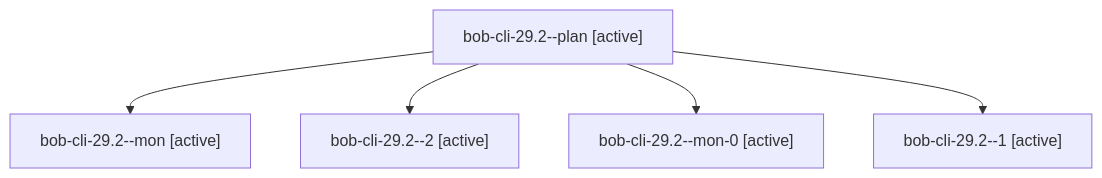
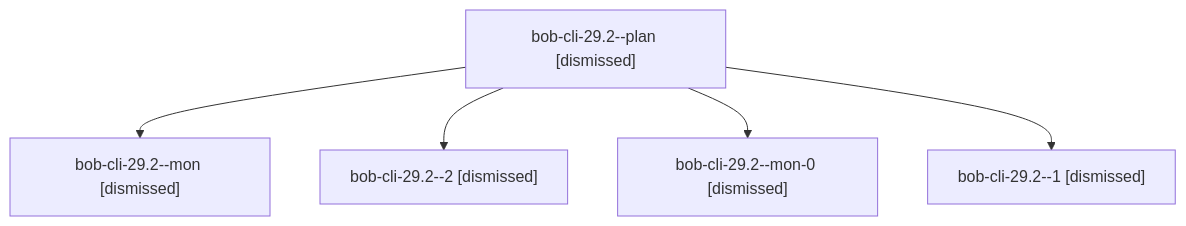
Before and after one commit to bobs-org/bob-cli--agents: the diagram in sessions/bbugyi200.apollo.bob-cli-29.2.md, drawn with Mermaid. The commit also changed other lines of this file and 83 other files, not shown here.

````diff
--- a/sessions/bbugyi200.apollo.bob-cli-29.2.md
+++ b/sessions/bbugyi200.apollo.bob-cli-29.2.md
@@ -9,12 +9,12 @@
 ```mermaid
 flowchart TD
-  n0["bob-cli-29.2--plan [active]"]
-  n1["bob-cli-29.2--mon [active]"]
+  n0["bob-cli-29.2--plan [dismissed]"]
+  n1["bob-cli-29.2--mon [dismissed]"]
   n0 --> n1
-  n2["bob-cli-29.2--2 [active]"]
+  n2["bob-cli-29.2--2 [dismissed]"]
   n0 --> n2
-  n3["bob-cli-29.2--mon-0 [active]"]
+  n3["bob-cli-29.2--mon-0 [dismissed]"]
   n0 --> n3
-  n4["bob-cli-29.2--1 [active]"]
+  n4["bob-cli-29.2--1 [dismissed]"]
   n0 --> n4
 ```
````
